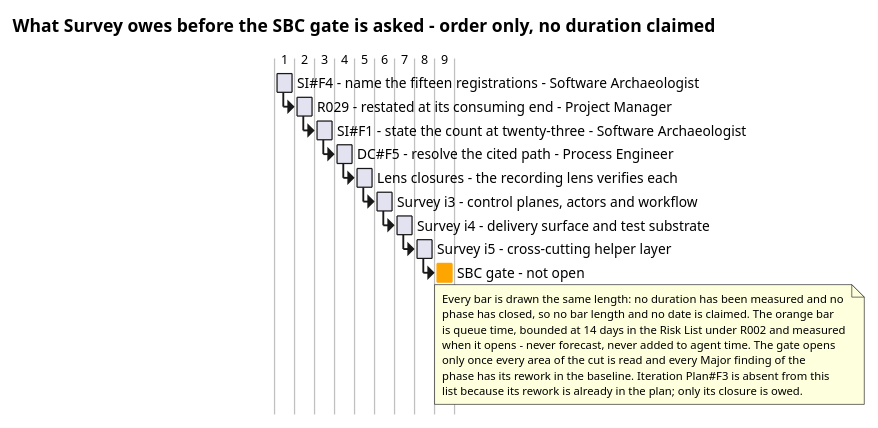
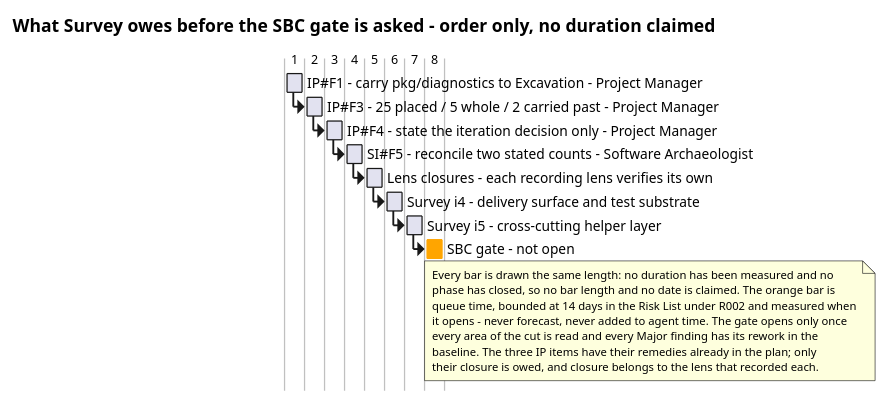
One commit to banense-test/dapr changed the third of 3 diagrams in docs/artifacts/project-management/iteration-assessment.md. Above: the diagram before and after it, drawn with PlantUML. The commit also changed other lines of this file, not shown here.

Commit message:
Project Manager [Survey3]: upsert Iteration Assessment
[skip ci]

````diff
--- a/docs/artifacts/project-management/iteration-assessment.md
+++ b/docs/artifacts/project-management/iteration-assessment.md
@@ -280,28 +282,27 @@
 ```plantuml
 @startgantt
 title What Survey owes before the SBC gate is asked - order only, no duration claimed
 hide footbox
 
-[SI#F4 - name the fifteen registrations - Software Archaeologist] lasts 1 day
-[R029 - restated at its consuming end - Project Manager] starts at [SI#F4 - name the fifteen registrations - Software Archaeologist]'s end
-[SI#F1 - state the count at twenty-three - Software Archaeologist] starts at [R029 - restated at its consuming end - Project Manager]'s end
-[DC#F5 - resolve the cited path - Process Engineer] starts at [SI#F1 - state the count at twenty-three - Software Archaeologist]'s end
-[Lens closures - the recording lens verifies each] starts at [DC#F5 - resolve the cited path - Process Engineer]'s end
-[Survey i3 - control planes, actors and workflow] starts at [Lens closures - the recording lens verifies each]'s end
-[Survey i4 - delivery surface and test substrate] starts at [Survey i3 - control planes, actors and workflow]'s end
+[IP#F1 - carry pkg/diagnostics to Excavation - Project Manager] lasts 1 day
+[IP#F3 - 25 placed / 5 whole / 2 carried past - Project Manager] starts at [IP#F1 - carry pkg/diagnostics to Excavation - Project Manager]'s end
+[IP#F4 - state the iteration decision only - Project Manager] starts at [IP#F3 - 25 placed / 5 whole / 2 carried past - Project Manager]'s end
+[SI#F5 - reconcile two stated counts - Software Archaeologist] starts at [IP#F4 - state the iteration decision only - Project Manager]'s end
+[Lens closures - each recording lens verifies its own] starts at [SI#F5 - reconcile two stated counts - Software Archaeologist]'s end
+[Survey i4 - delivery surface and test substrate] starts at [Lens closures - each recording lens verifies its own]'s end
 [Survey i5 - cross-cutting helper layer] starts at [Survey i4 - delivery surface and test substrate]'s end
 [SBC gate - not open] starts at [Survey i5 - cross-cutting helper layer]'s end
 
 [SBC gate - not open] is colored in Orange
 
 note bottom
   Every bar is drawn the same length: no duration has been measured and no
-  phase has closed, so no bar length and no date is claimed. The orange bar
-  is queue time, bounded at 14 days in the Risk List under R002 and measured
-  when it opens - never forecast, never added to agent time. The gate opens
-  only once every area of the cut is read and every Major finding of the
-  phase has its rework in the baseline. Iteration Plan#F3 is absent from this
-  list because its rework is already in the plan; only its closure is owed.
+  phase has closed, so no bar length and no date is claimed. The orange bar is
+  queue time, bounded at 14 days in the Risk List under R002 and measured when
+  it opens - never forecast, never added to agent time. The gate opens only once
+  every area of the cut is read and every Major finding has its rework in the
+  baseline. The three IP items have their remedies already in the plan; only
+  their closure is owed, and closure belongs to the lens that recorded each.
 end note
 @endgantt
 ```
````
